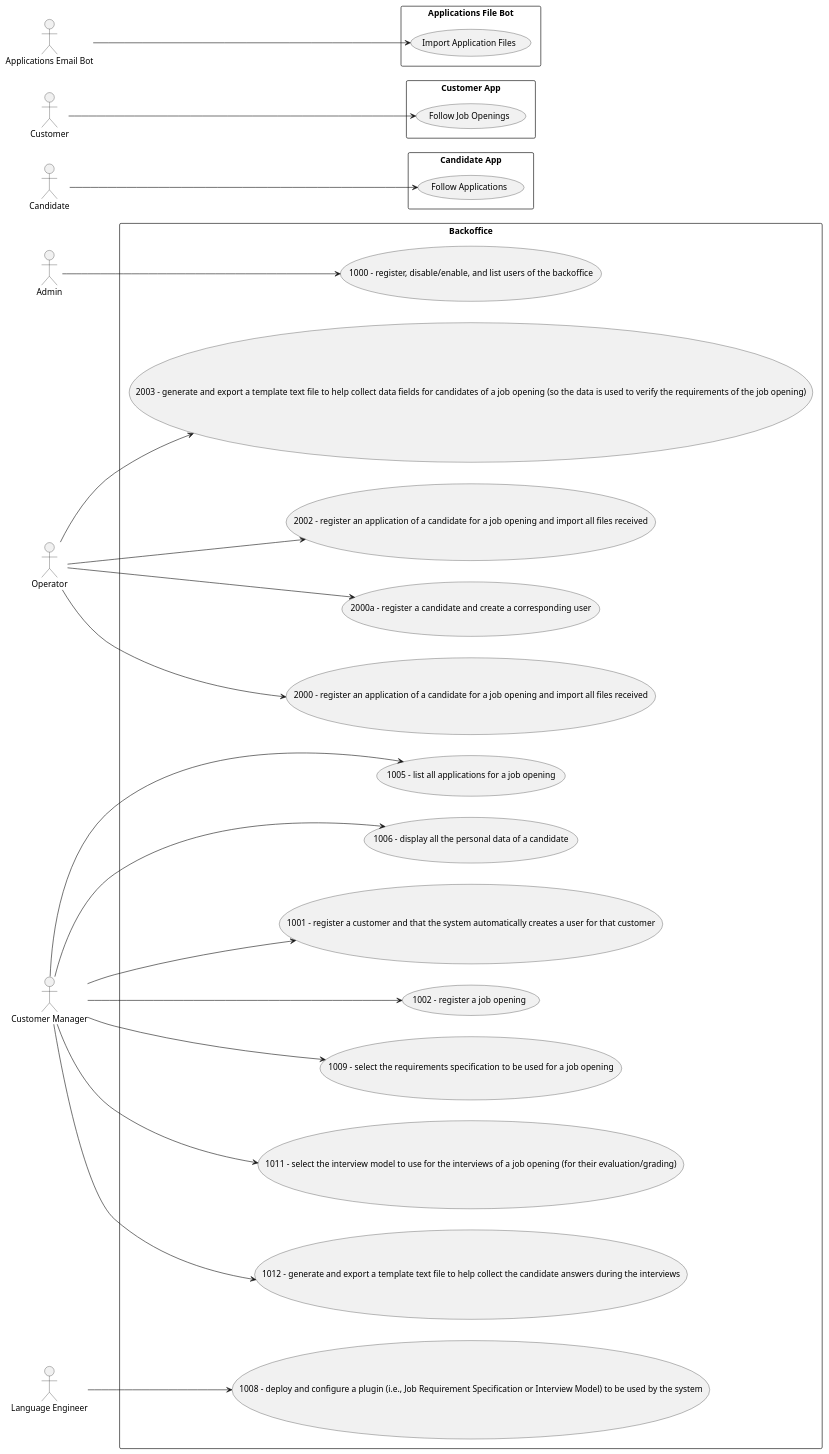
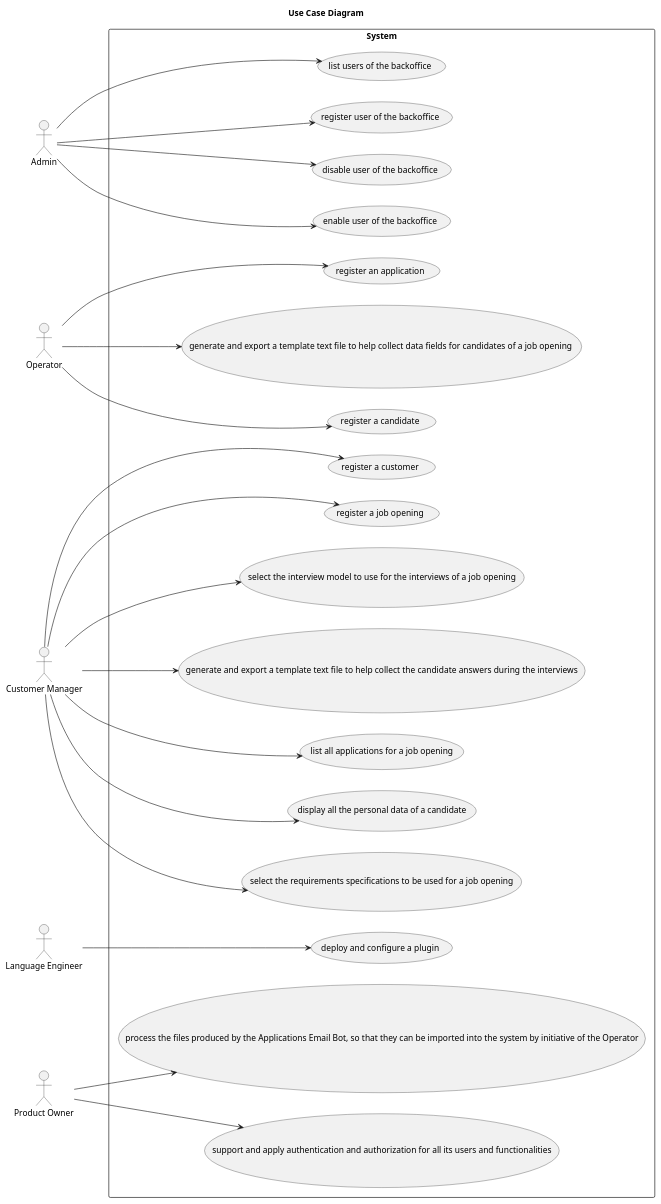
One commit to MiguelCardoso77/LAPR4 changed the diagram in docs/SprintB/global-artifacts/use-case-diagram.puml. Above: the diagram before and after it, drawn with PlantUML. The commit also changed 5 other files, not shown here.

Commit message:
Updating the use case diagram

```diff
--- a/docs/SprintB/global-artifacts/use-case-diagram.puml
+++ b/docs/SprintB/global-artifacts/use-case-diagram.puml
@@ -1,68 +1,66 @@
 @startuml
 'skinparam monochrome true
 skinparam packageStyle rectangle
 'skinparam shadowing false
 
 skinparam rectangle{
     BorderColor black
 }
 
 left to right direction
 
 actor "Admin" as admin
 actor "Operator" as operator
 actor "Customer Manager" as customerManager
 actor "Language Engineer" as languageEngineer
-actor "Candidate" as candidate
-actor "Customer" as customer
-actor "Applications Email Bot" as applicationEmailBot
+actor "Product Owner" as productOwner
 
-rectangle "Backoffice" as backoffice {
-    usecase "1000 - register, disable/enable, and list users of the backoffice" as 1000
-    usecase "1001 - register a customer and that the system automatically creates a user for that customer" as 1001
-    usecase "1002 - register a job opening" as 1002
-    usecase "2002 - register an application of a candidate for a job opening and import all files received" as 2002
-    usecase "2000a - register a candidate and create a corresponding user" as 2000a
-    usecase "2000 - register an application of a candidate for a job opening and import all files received" as 2000
-    usecase "1005 - list all applications for a job opening" as 1005
-    usecase "1006 - display all the personal data of a candidate" as 1006
-    usecase "1008 - deploy and configure a plugin (i.e., Job Requirement Specification or Interview Model) to be used by the system" as 1008
-    usecase "1009 - select the requirements specification to be used for a job opening" as 1009
-    usecase "1011 - select the interview model to use for the interviews of a job opening (for their evaluation/grading)" as 1011
-    usecase "1012 - generate and export a template text file to help collect the candidate answers during the interviews" as 1012
-    usecase "2003 - generate and export a template text file to help collect data fields for candidates of a job opening (so the data is used to verify the requirements of the job opening)" as 2003
+title "Use Case Diagram"
 
-    admin --> 1000
-    operator --> 2000a
-    operator --> 2000
-    operator --> 2002
-    operator --> 2003
-    customerManager --> 1001
-    customerManager --> 1002
-    customerManager --> 1005
-    customerManager --> 1006
-    customerManager --> 1009
-    customerManager --> 1011
-    customerManager --> 1012
-    languageEngineer --> 1008
+rectangle "System" as backoffice {
+
+    usecase "register user of the backoffice"
+    usecase "disable user of the backoffice"
+    usecase "enable user of the backoffice"
+    usecase "list users of the backoffice"
+    usecase "register a customer"
+    usecase "register a job opening"
+    usecase "register a candidate"
+    usecase "register an application"
+    usecase "list all applications for a job opening"
+    usecase "display all the personal data of a candidate"
+    usecase "deploy and configure a plugin"
+    usecase "select the requirements specifications to be used for a job opening"
+    usecase "select the interview model to use for the interviews of a job opening"
+    usecase "generate and export a template text file to help collect the candidate answers during the interviews"
+    usecase "generate and export a template text file to help collect data fields for candidates of a job opening "
+    usecase "support and apply authentication and authorization for all its users and functionalities"
+    usecase "process the files produced by the Applications Email Bot, so that they can be imported into the system by initiative of the Operator"
+
+    admin --> "register user of the backoffice"
+    admin --> "disable user of the backoffice"
+    admin --> "enable user of the backoffice"
+    admin --> "list users of the backoffice"
+
+    customerManager --> "register a customer"
+        customerManager --> "register a job opening"
+        customerManager --> "list all applications for a job opening"
+        customerManager --> "display all the personal data of a candidate"
+        customerManager --> "select the requirements specifications to be used for a job opening"
+        customerManager --> "select the interview model to use for the interviews of a job opening"
+        customerManager --> "generate and export a template text file to help collect the candidate answers during the interviews"
+
+    operator --> "register a candidate"
+    operator --> "register an application"
+    operator --> "generate and export a template text file to help collect data fields for candidates of a job opening "
+
+    languageEngineer --> "deploy and configure a plugin"
+
+    productOwner --> "support and apply authentication and authorization for all its users and functionalities"
+    productOwner --> "process the files produced by the Applications Email Bot, so that they can be imported into the system by initiative of the Operator"
+
+
 }
 
-rectangle "Candidate App" as candidateApp{
-    usecase "Follow Applications"
-
-    candidate --> "Follow Applications"
-}
-
-rectangle "Customer App" as customerApp{
-    usecase "Follow Job Openings"
-
-    customer --> "Follow Job Openings"
-}
-
-rectangle "Applications File Bot" as ApplicationsFileBotApp{
-    usecase "Import Application Files"
-
-    applicationEmailBot --> "Import Application Files"
-}
 
 @enduml
```
